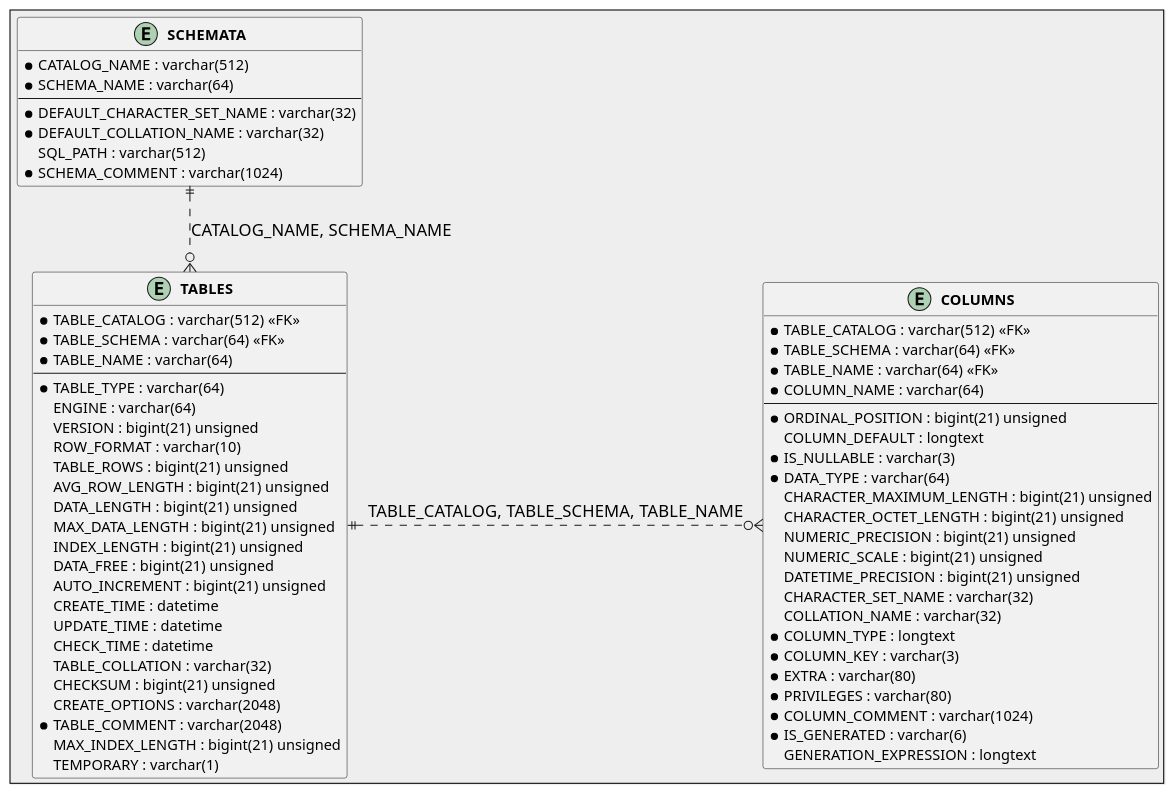
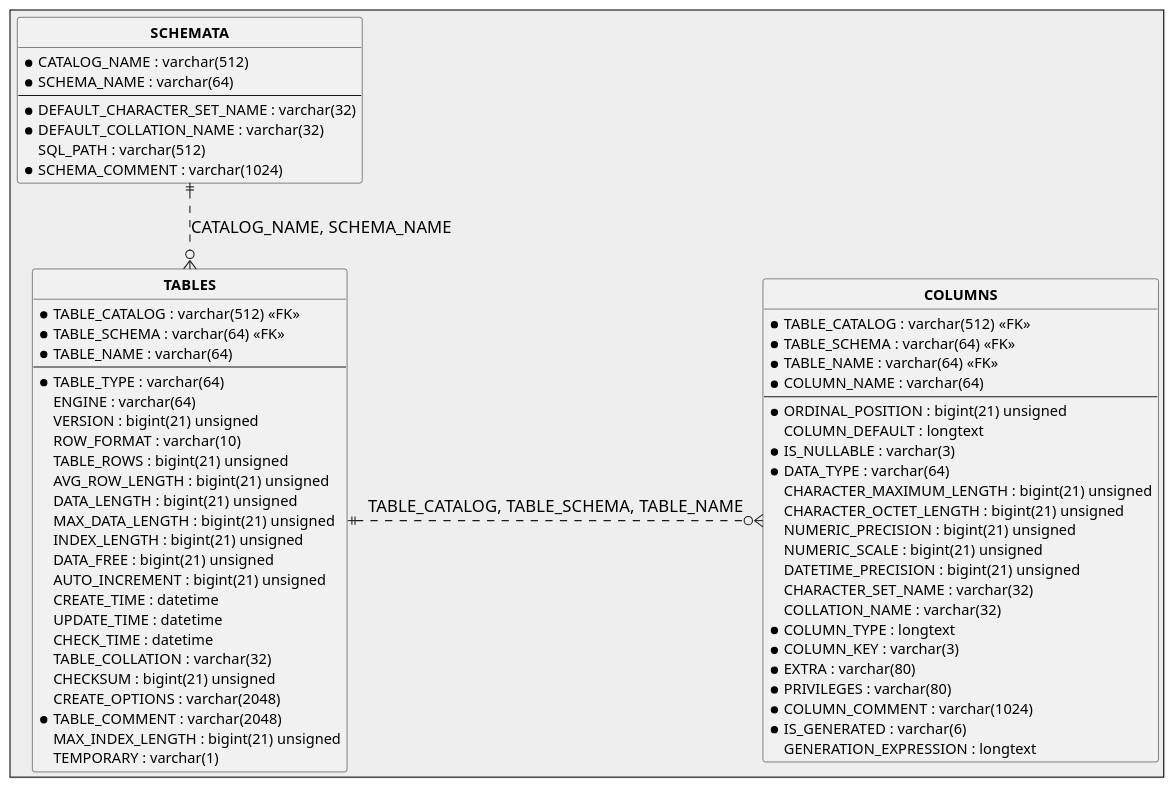
The diagram in middlewares/mariadb/mariadb-meta-schema.plantuml (3rdstage/models), drawn with PlantUML before and after one commit.

```diff
--- a/middlewares/mariadb/mariadb-meta-schema.plantuml
+++ b/middlewares/mariadb/mariadb-meta-schema.plantuml
@@ -2,119 +2,128 @@
 @startuml
 
 ' Useful references
 /'
 https://plantuml.com/ie-diagram
 https://plantuml.com/class-diagram
 https://plantuml.com/sequence-diagram
 https://plantuml.com/activity-diagram-beta
 https://plantuml.com/state-diagram
 https://plantuml.com/commons
 https://plantuml.com/creole
 https://plantuml-documentation.readthedocs.io/en/latest/formatting/color-names.html
 https://www.w3schools.com/colors/colors_names.asp
 https://plantuml.com/color
 '/
 
 ' https://plantuml-documentation.readthedocs.io/en/latest/formatting/all-skin-params.html
 skinparam {
   'global font
   'DefaultFontName Consolas
   DefaultFontName Monaco
   'DefaultFontName Lucida Console
   'DefaultMonospacedFontName Consolas
   'DefaultFontStyle bold
   
   'diagram scope style
   DiagramBorderThickness 1
   DiagramBorderColor black
   'BackgroundColor transparent
   BackgroundColor #eeeeee
   PageMargin 10
 
   'note style
   NoteFontName Courier
   NoteBackgroundColor SeaShell
   NoteBorderColor transparent
   NoteShadowing false
   
   'class style
   MinClassWidth 75
   ClassFontStyle bold
 
   'arrow style
   ArrowFontSize 16
   ArrowThickness 1
   ResponseMessageBelowArrow true
 
   BoxPadding 50
   ParticipantPadding 20  
 }
+
+' https://plantuml.com/commons
+scale max 2048 width
+hide Circle
+hide Footbox
+
+'title Title
+'caption Caption
+'mainframe Title
 
 entity "SCHEMATA" as schemata {
   *CATALOG_NAME : varchar(512)
   *SCHEMA_NAME : varchar(64)
   --
   *DEFAULT_CHARACTER_SET_NAME : varchar(32)
   *DEFAULT_COLLATION_NAME : varchar(32)
   SQL_PATH : varchar(512)
   *SCHEMA_COMMENT : varchar(1024)
 }
 
 entity "TABLES" as tables {
   *TABLE_CATALOG : varchar(512) <<FK>> 
   *TABLE_SCHEMA : varchar(64) <<FK>>
   *TABLE_NAME : varchar(64)
   --
   *TABLE_TYPE : varchar(64) 
   ENGINE : varchar(64) 
   VERSION : bigint(21) unsigned
   ROW_FORMAT : varchar(10)
   TABLE_ROWS : bigint(21) unsigned
   AVG_ROW_LENGTH : bigint(21) unsigned
   DATA_LENGTH : bigint(21) unsigned
   MAX_DATA_LENGTH : bigint(21) unsigned
   INDEX_LENGTH : bigint(21) unsigned
   DATA_FREE : bigint(21) unsigned
   AUTO_INCREMENT : bigint(21) unsigned
   CREATE_TIME : datetime
   UPDATE_TIME : datetime
   CHECK_TIME : datetime
   TABLE_COLLATION : varchar(32)
   CHECKSUM : bigint(21) unsigned
   CREATE_OPTIONS : varchar(2048)
   *TABLE_COMMENT : varchar(2048)
   MAX_INDEX_LENGTH : bigint(21) unsigned
   TEMPORARY : varchar(1)
 }
 
 entity "COLUMNS" as columns {
   *TABLE_CATALOG : varchar(512) <<FK>>
   *TABLE_SCHEMA : varchar(64) <<FK>>
   *TABLE_NAME : varchar(64) <<FK>>
   *COLUMN_NAME : varchar(64)
   --
   *ORDINAL_POSITION : bigint(21) unsigned
   COLUMN_DEFAULT : longtext
   *IS_NULLABLE : varchar(3)
   *DATA_TYPE : varchar(64)
   CHARACTER_MAXIMUM_LENGTH : bigint(21) unsigned
   CHARACTER_OCTET_LENGTH : bigint(21) unsigned
   NUMERIC_PRECISION : bigint(21) unsigned
   NUMERIC_SCALE : bigint(21) unsigned
   DATETIME_PRECISION : bigint(21) unsigned
   CHARACTER_SET_NAME : varchar(32)
   COLLATION_NAME : varchar(32)
   *COLUMN_TYPE : longtext
   *COLUMN_KEY : varchar(3)
   *EXTRA : varchar(80)
   *PRIVILEGES : varchar(80)
   *COLUMN_COMMENT : varchar(1024)
   *IS_GENERATED : varchar(6)
   GENERATION_EXPRESSION : longtext
 }
 
 
 schemata ||..o{ tables : CATALOG_NAME, SCHEMA_NAME
 tables ||.right.o{ columns : TABLE_CATALOG, TABLE_SCHEMA, TABLE_NAME
 
 @enduml
```
